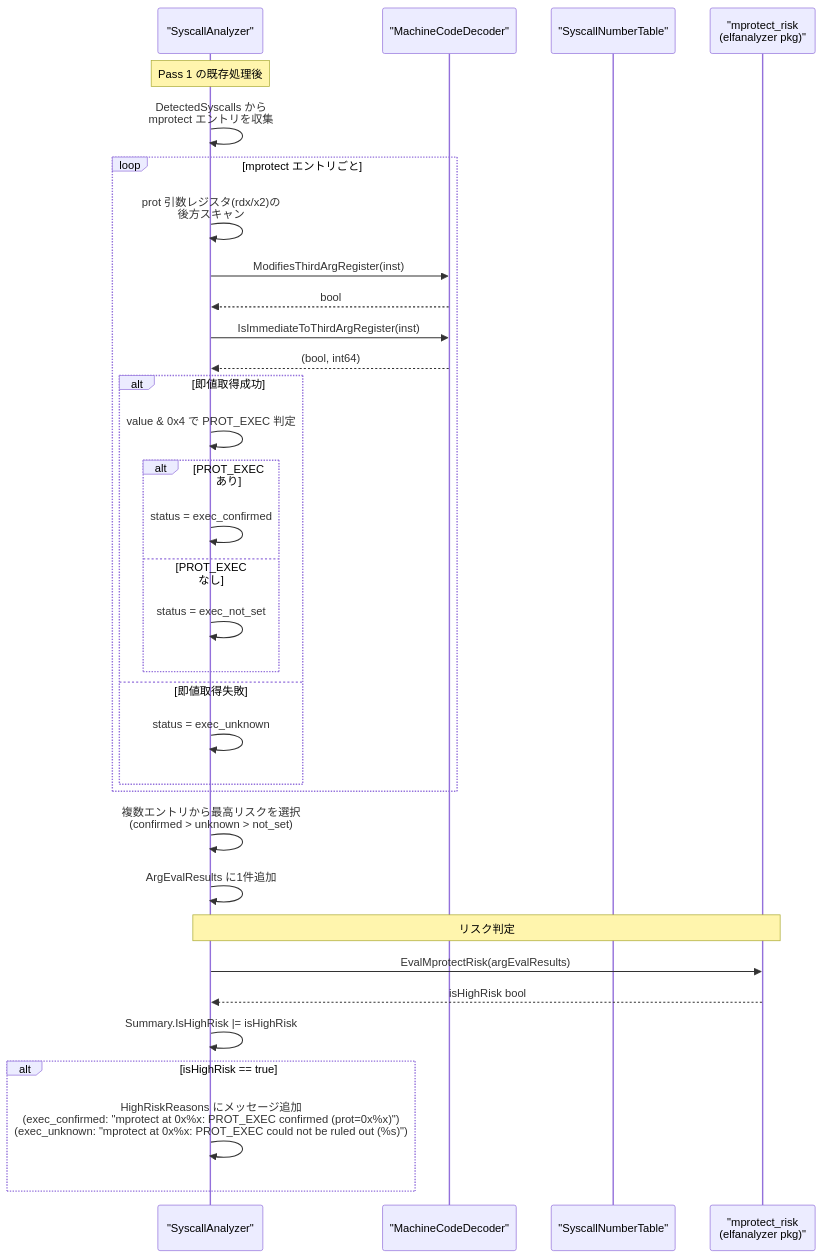
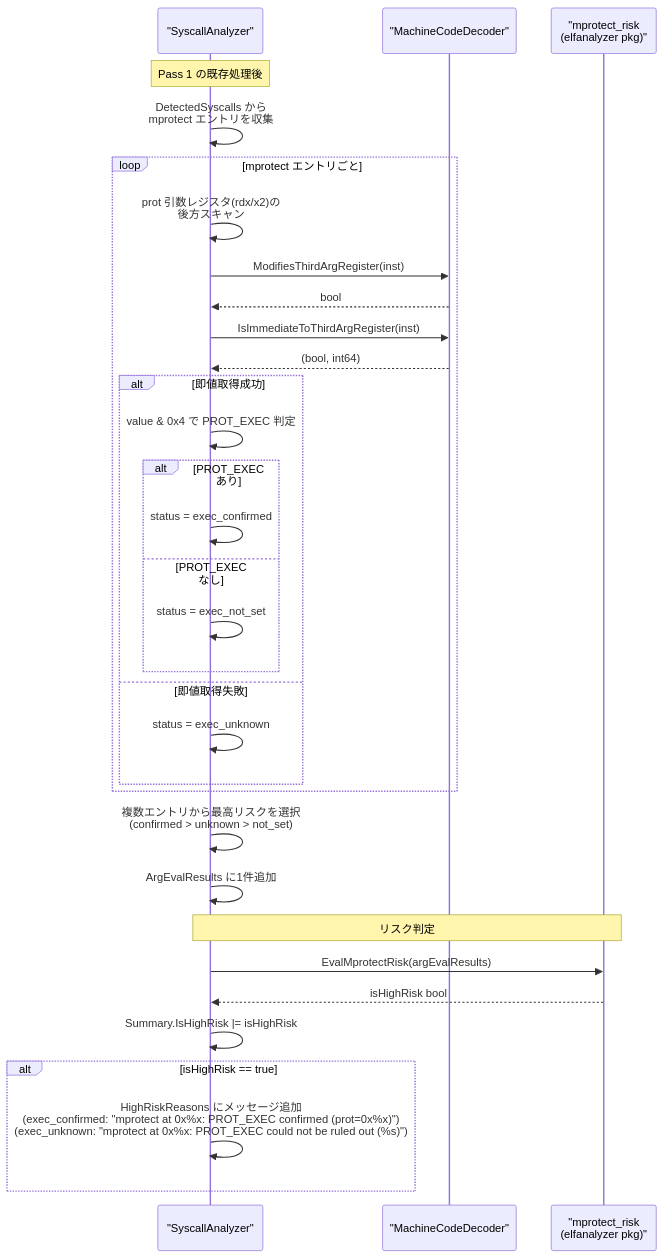
The fifth of 14 diagrams in docs/tasks/0078_mprotect_exec_detection/02_architecture.md (isseis/go-safe-cmd-runner), drawn with Mermaid before and after one commit. The commit also changed other lines of this file, not shown here.

First line of the commit message:
docs: fix review issues in mprotect exec detection architecture

````diff
--- a/docs/tasks/0078_mprotect_exec_detection/02_architecture.md
+++ b/docs/tasks/0078_mprotect_exec_detection/02_architecture.md
@@ -130,41 +130,40 @@
 ```mermaid
 sequenceDiagram
     participant SA as "SyscallAnalyzer"
     participant MD as "MachineCodeDecoder"
-    participant ST as "SyscallNumberTable"
     participant MR as "mprotect_risk<br>(elfanalyzer pkg)"
 
     Note over SA: Pass 1 の既存処理後
     SA->>SA: DetectedSyscalls から<br>mprotect エントリを収集
 
     loop mprotect エントリごと
         SA->>SA: prot 引数レジスタ(rdx/x2)の<br>後方スキャン
         SA->>MD: ModifiesThirdArgRegister(inst)
         MD-->>SA: bool
         SA->>MD: IsImmediateToThirdArgRegister(inst)
         MD-->>SA: (bool, int64)
 
         alt 即値取得成功
             SA->>SA: value & 0x4 で PROT_EXEC 判定
             alt PROT_EXEC あり
                 SA->>SA: status = exec_confirmed
             else PROT_EXEC なし
                 SA->>SA: status = exec_not_set
             end
         else 即値取得失敗
             SA->>SA: status = exec_unknown
         end
     end
 
     SA->>SA: 複数エントリから最高リスクを選択<br>(confirmed > unknown > not_set)
     SA->>SA: ArgEvalResults に1件追加
 
     Note over SA,MR: リスク判定
     SA->>MR: EvalMprotectRisk(argEvalResults)
     MR-->>SA: isHighRisk bool
     SA->>SA: Summary.IsHighRisk |= isHighRisk
 
     alt isHighRisk == true
         SA->>SA: HighRiskReasons にメッセージ追加<br>(exec_confirmed: "mprotect at 0x%x: PROT_EXEC confirmed (prot=0x%x)")<br>(exec_unknown: "mprotect at 0x%x: PROT_EXEC could not be ruled out (%s)")
     end
 ```
````
